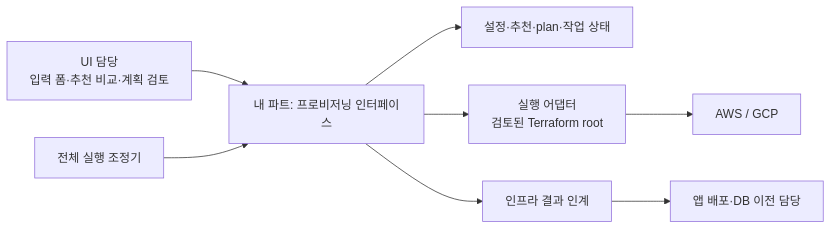
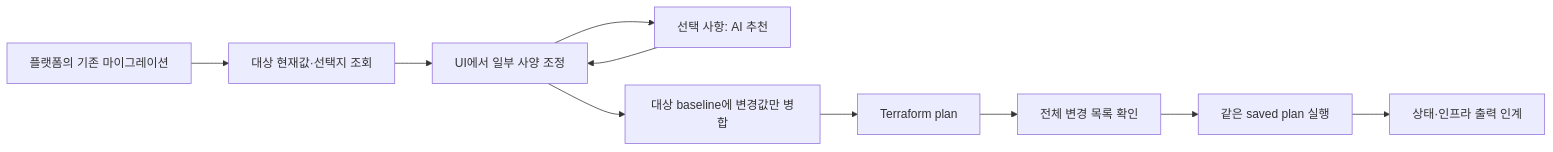
Before and after one commit to SoftBank-2026-Hackathon-Foxtrot/IaC: the diagram in docs/provisioning-interface.md, drawn with Mermaid. The commit also changed other lines of this file and 31 other files, not shown here.

````diff
--- a/docs/provisioning-interface.md
+++ b/docs/provisioning-interface.md
@@ -9,10 +22,12 @@
 ```mermaid
 flowchart LR
-  UI[UI 담당<br/>입력 폼·추천 비교·계획 검토] --> API[내 파트: 프로비저닝 인터페이스]
-  ORCH[전체 실행 조정기] --> API
-  API --> SPEC[설정·추천·plan·작업 상태]
-  API --> RUN[실행 어댑터<br/>검토된 Terraform root]
-  RUN --> CLOUD[AWS / GCP]
-  API --> OUT[인프라 결과 인계]
-  OUT --> NEXT[앱 배포·DB 이전 담당]
+  P[플랫폼의 기존 마이그레이션] --> C[대상 현재값·선택지 조회]
+  C --> U[UI에서 일부 사양 조정]
+  U --> R[선택 사항: AI 추천]
+  R --> U
+  U --> M[대상 baseline에 변경값만 병합]
+  M --> T[Terraform plan]
+  T --> V[전체 변경 목록 확인]
+  V --> A[같은 saved plan 실행]
+  A --> O[상태·인프라 출력 인계]
 ```
````
